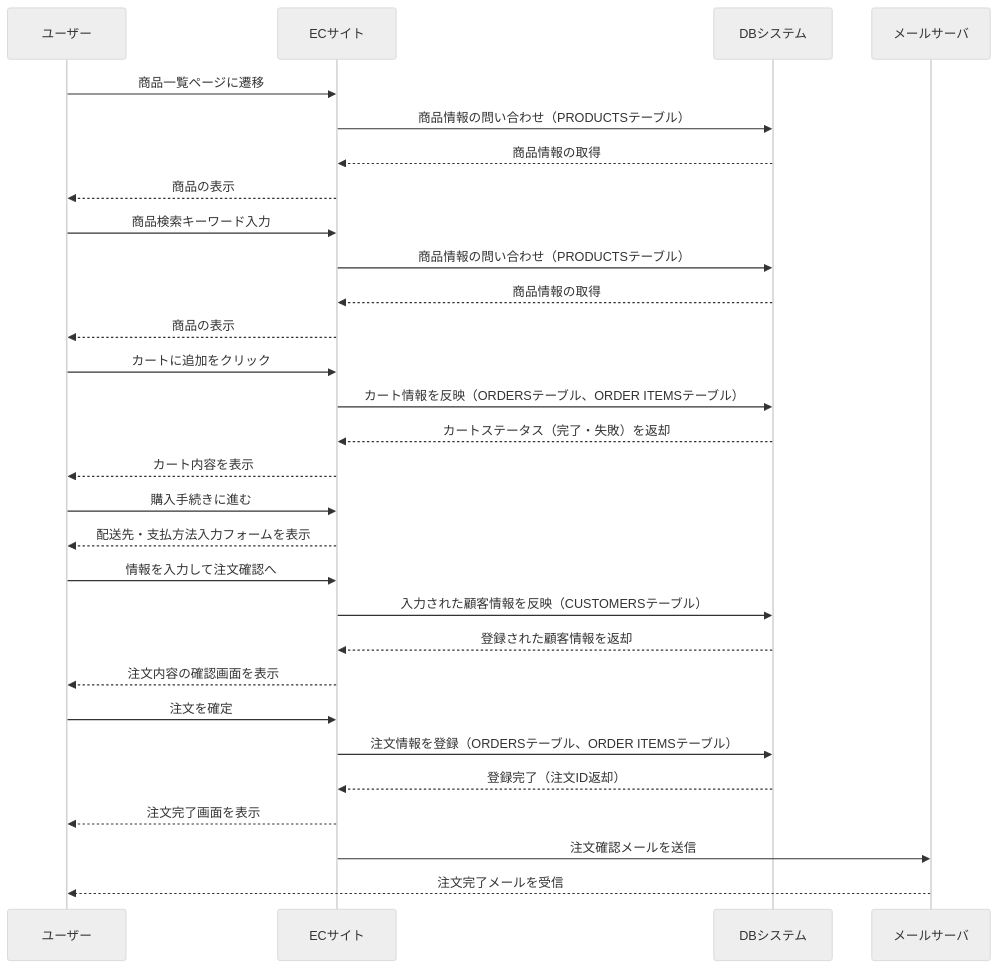
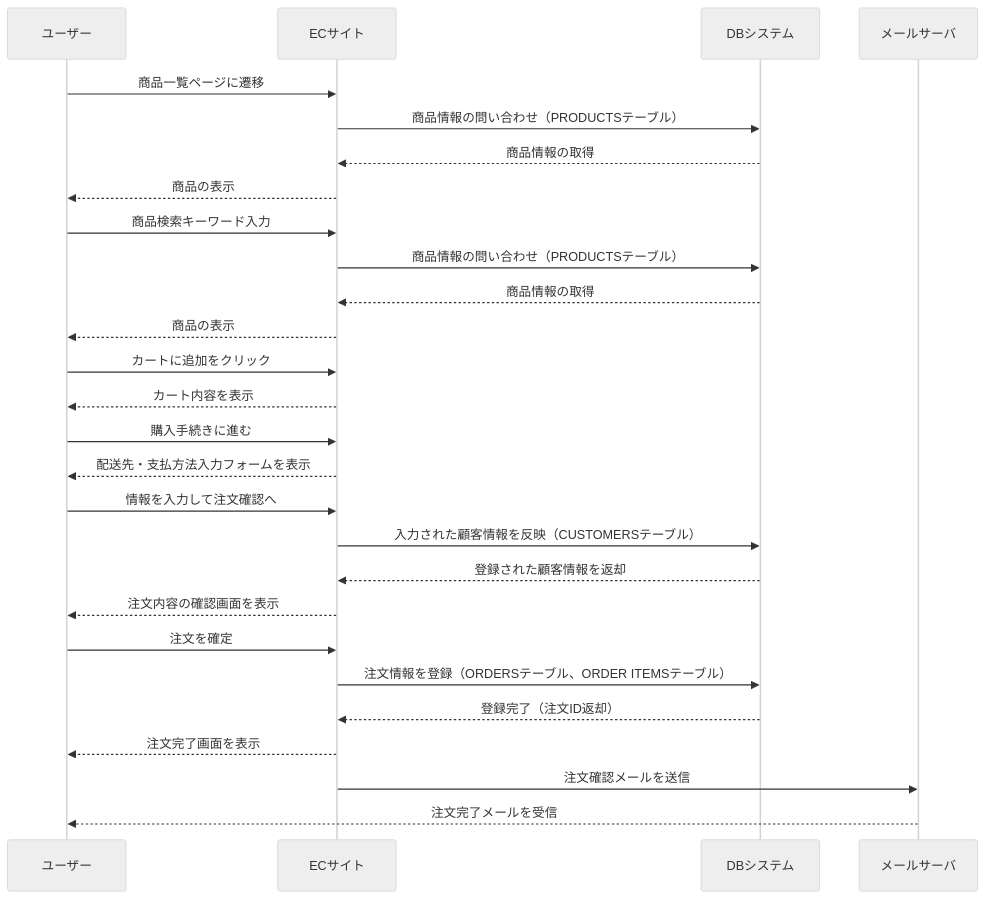
One commit to Aoi-Yaegashi/teamF changed the third of 7 diagrams in 基本設計/提出用/基本設計書.md. Above: the diagram before and after it, drawn with Mermaid (neutral theme). The commit also changed other lines of this file, not shown here.

````diff
--- a/基本設計/提出用/基本設計書.md
+++ b/基本設計/提出用/基本設計書.md
@@ -254,43 +254,41 @@
 ```mermaid
 
 sequenceDiagram
   participant A as ユーザー
   participant B as ECサイト
   participant C as DBシステム
   participant D as メールサーバ
 
 %% 商品の一覧表示
 　A ->> B: 商品一覧ページに遷移
 　B ->> C: 商品情報の問い合わせ（PRODUCTSテーブル）
 　C -->> B: 商品情報の取得　
 　B -->> A: 商品の表示
 
 %% 商品検索
   A ->> B: 商品検索キーワード入力
 　B ->> C: 商品情報の問い合わせ（PRODUCTSテーブル）
 　C -->> B: 商品情報の取得　
 　B -->> A: 商品の表示
 
 %% カートに追加
 　A ->> B: カートに追加をクリック
-　B ->> C: カート情報を反映（ORDERSテーブル、ORDER ITEMSテーブル）
-　C -->> B: カートステータス（完了・失敗）を返却
 　B -->> A: カート内容を表示
 
 %% 購入手続き
   A ->> B: 購入手続きに進む
   B -->> A: 配送先・支払方法入力フォームを表示
   A ->> B: 情報を入力して注文確認へ
   B ->> C: 入力された顧客情報を反映（CUSTOMERSテーブル）
   C -->> B: 登録された顧客情報を返却
   B -->> A: 注文内容の確認画面を表示
 
 %% 注文確定処理
   A ->> B: 注文を確定
   B ->> C: 注文情報を登録（ORDERSテーブル、ORDER ITEMSテーブル）
   C -->> B: 登録完了（注文ID返却）
   B -->> A: 注文完了画面を表示
   B ->> D: 注文確認メールを送信
   D -->> A: 注文完了メールを受信
 
 ```
````
